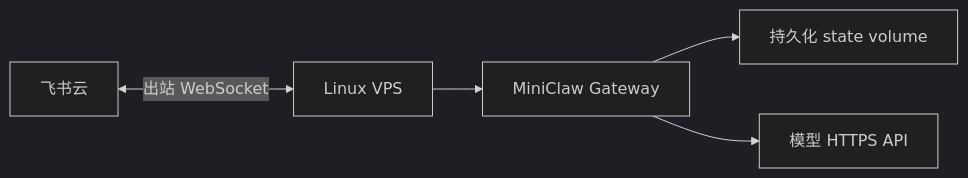
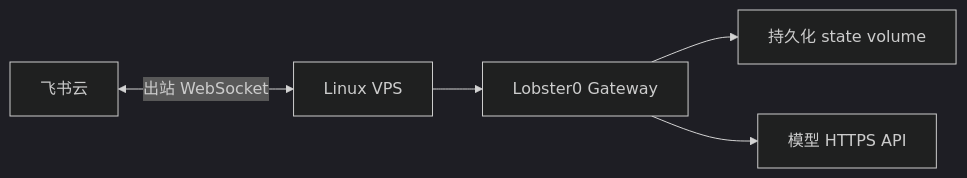
One commit to NEDONION/lobster0 changed the fourth of 4 diagrams in docs/engineering/phase-5/20260808_feishu-gateway-runtime-and-macos-service.md. Above: the diagram before and after it, drawn with Mermaid (dark theme). The commit also changed other lines of this file and 221 other files, not shown here.

````diff
--- a/docs/engineering/phase-5/20260808_feishu-gateway-runtime-and-macos-service.md
+++ b/docs/engineering/phase-5/20260808_feishu-gateway-runtime-and-macos-service.md
@@ -196,7 +196,7 @@
 ```mermaid
 flowchart LR
     F["飞书云"] <-->|"出站 WebSocket"| V["Linux VPS"]
-    V --> G["MiniClaw Gateway"]
+    V --> G["Lobster0 Gateway"]
     G --> S["持久化 state volume"]
     G --> M["模型 HTTPS API"]
 ```
````
